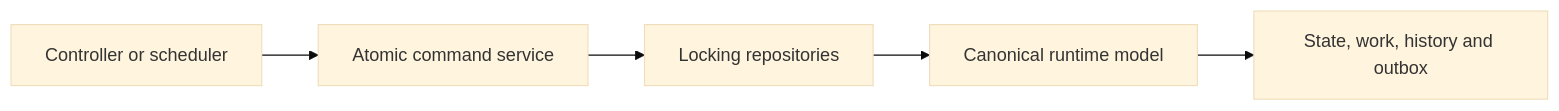
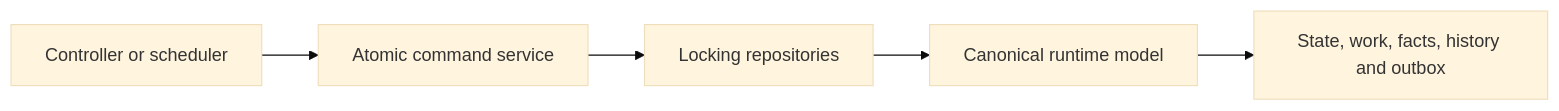
The diagram in documentation/src/content/docs/developer/engine.mdx (bashizip/abada-platform), drawn with Mermaid (base theme) before and after one commit. The commit also changed other lines of this file and 54 other files, not shown here.

````diff
--- a/documentation/src/content/docs/developer/engine.mdx
+++ b/documentation/src/content/docs/developer/engine.mdx
@@ -14,13 +15,13 @@
 ```mermaid
 flowchart LR
     Controller[Controller or scheduler]
     Command[Atomic command service]
     Repo[Locking repositories]
     Model[Canonical runtime model]
-    Persist[State, work, history and outbox]
+    Persist[State, work, facts, history and outbox]
 
     Controller --> Command
     Command --> Repo
     Repo --> Model
     Model --> Persist
 ```
````
